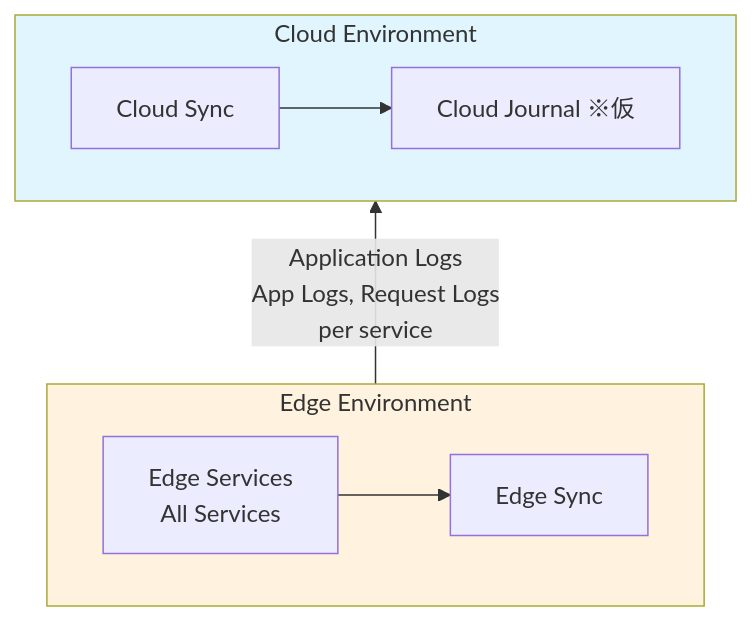
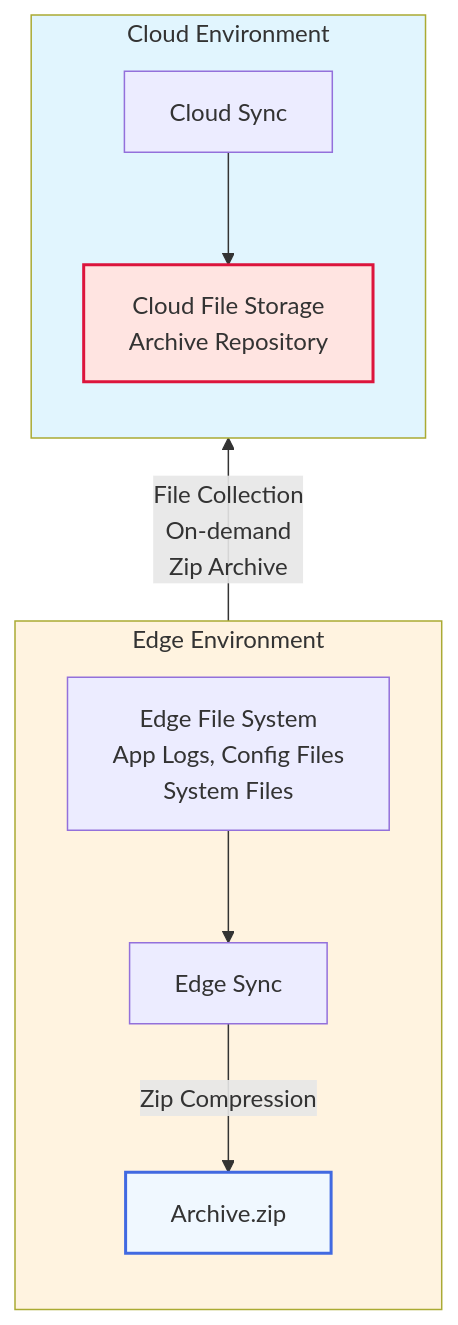
The fourth of 5 diagrams in notes/1-sync/architecture/2-sync-data-flow.md (gaocuiping/kugelpos-stpos-docs-new), drawn with Mermaid before and after one commit. The commit also changed other lines of this file and 11 other files, not shown here.

First line of the commit message:
Update sync service architecture and design documents

````diff
--- a/notes/1-sync/architecture/2-sync-data-flow.md
+++ b/notes/1-sync/architecture/2-sync-data-flow.md
@@ -100,17 +109,20 @@
 ```mermaid
 flowchart BT
     subgraph Edge["Edge Environment"]
-        direction LR
-        EA2[Edge Services<br/>All Services] --> ES6[Edge Sync]
+        direction TB
+        EFS[Edge File System<br/>App Logs, Config Files<br/>System Files] --> ES6[Edge Sync]
+        ES6 -->|Zip Compression| EZip[Archive.zip]
     end
 
     subgraph Cloud["Cloud Environment"]
-        direction LR
-        CS6[Cloud Sync] --> CJ3[Cloud Journal ※仮]
+        direction TB
+        CS6[Cloud Sync] --> CFS[Cloud File Storage<br/>Archive Repository]
     end
 
-    ES6 -->|Application Logs<br/>App Logs, Request Logs<br/>per service| CS6
+    EZip -->|File Collection<br/>On-demand<br/>Zip Archive| CS6
 
     style Cloud fill:#e1f5fe
     style Edge fill:#fff3e0
+    style EZip fill:#f0f8ff,stroke:#4169e1,stroke-width:2px
+    style CFS fill:#ffe4e1,stroke:#dc143c,stroke-width:2px
 ```
````
